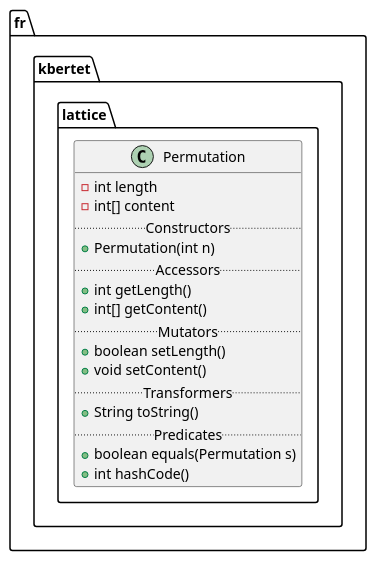
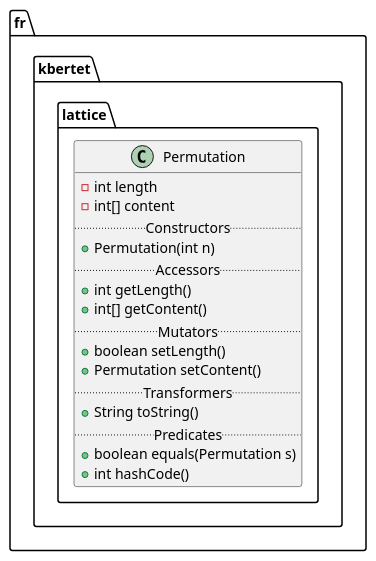
One commit to thegalactic/java-lattices changed the diagram in src/fr/kbertet/lattice/Permutation.iuml. Above: the diagram before and after it, drawn with PlantUML. The commit also changed 6 other files, not shown here.

```diff
--- a/src/fr/kbertet/lattice/Permutation.iuml
+++ b/src/fr/kbertet/lattice/Permutation.iuml
@@ -1,19 +1,19 @@
 package fr.kbertet.lattice {
     class Permutation {
         -int length
         -int[] content
         .. Constructors ..
         +Permutation(int n)
         .. Accessors ..
         +int getLength()
         +int[] getContent()
         .. Mutators ..
         +boolean setLength()
-        +void setContent()
+        +Permutation setContent()
         .. Transformers ..
         +String toString()
         .. Predicates ..
         +boolean equals(Permutation s)
         +int hashCode()
     }
 }
```
